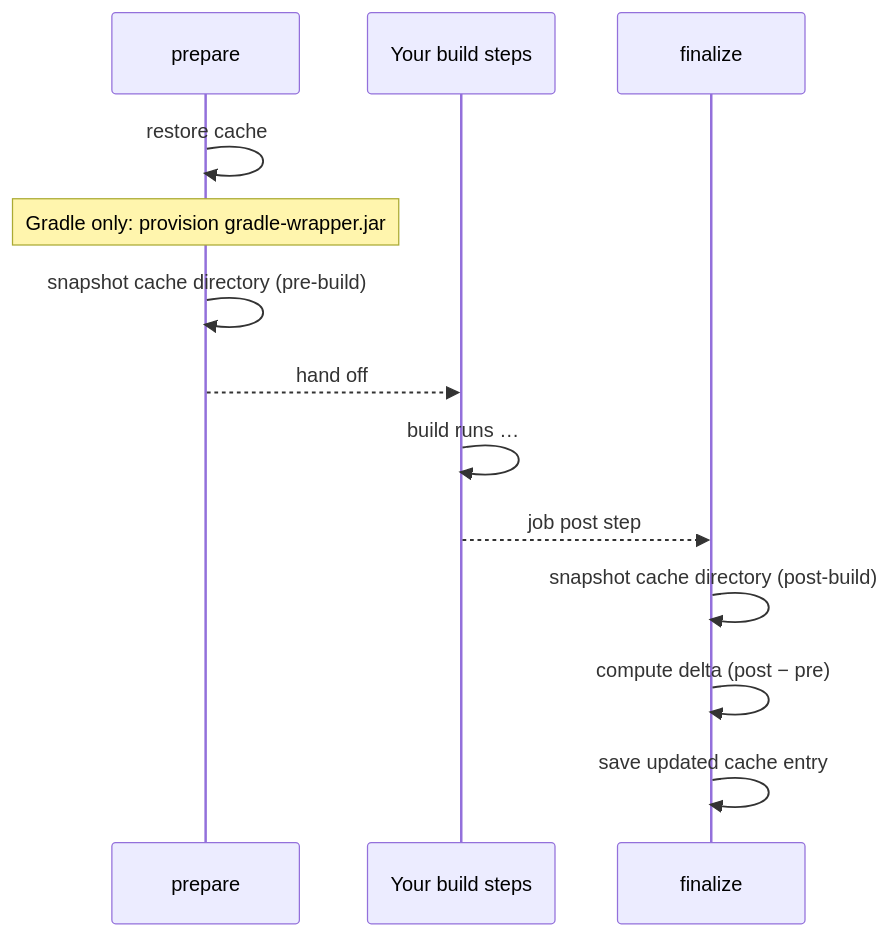
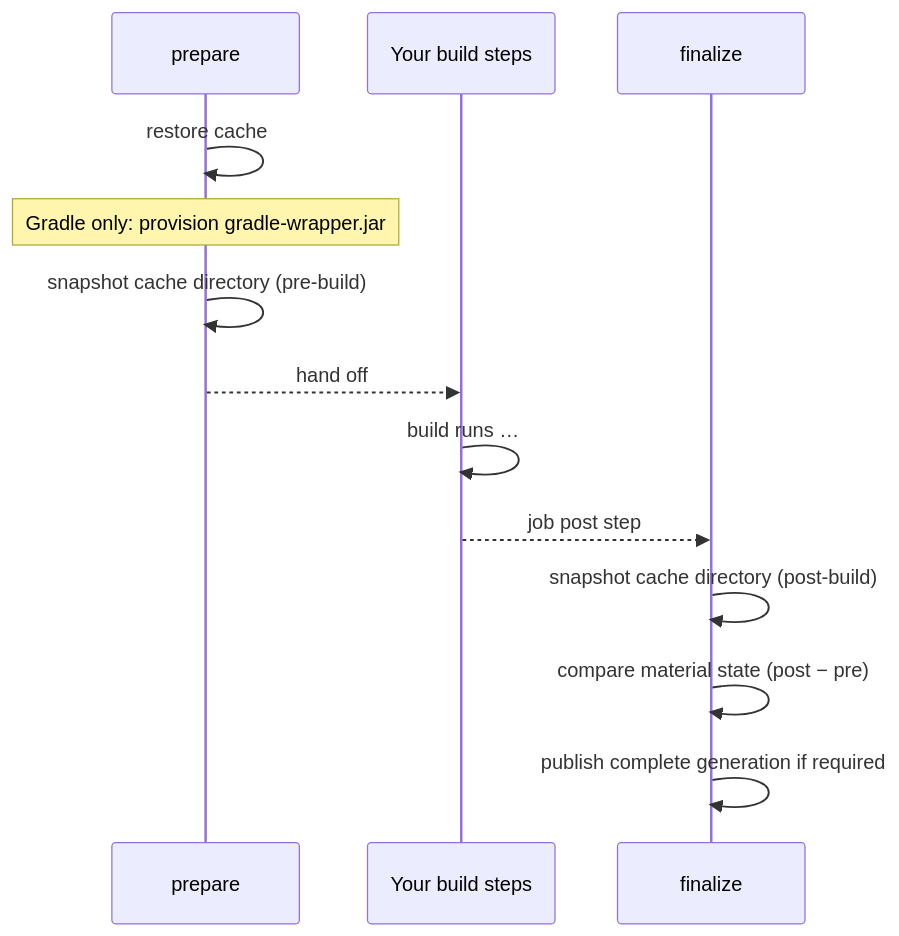
One commit to buildish-tooling/buildish-mammoth-cache changed the diagram in docs/user/getting-started.md. Above: the diagram before and after it, drawn with Mermaid. The commit also changed other lines of this file and 24 other files, not shown here.

Commit message:
Implement generation-aware cache lifecycle

````diff
--- a/docs/user/getting-started.md
+++ b/docs/user/getting-started.md
@@ -117,16 +117,16 @@
 ```mermaid
 sequenceDiagram
     participant P as prepare
     participant B as Your build steps
     participant F as finalize
 
     P->>P: restore cache
     note over P: Gradle only: provision gradle-wrapper.jar
     P->>P: snapshot cache directory (pre-build)
     P-->>B: hand off
     B->>B: build runs …
     B-->>F: job post step
     F->>F: snapshot cache directory (post-build)
-    F->>F: compute delta (post − pre)
-    F->>F: save updated cache entry
+    F->>F: compare material state (post − pre)
+    F->>F: publish complete generation if required
 ```
````
